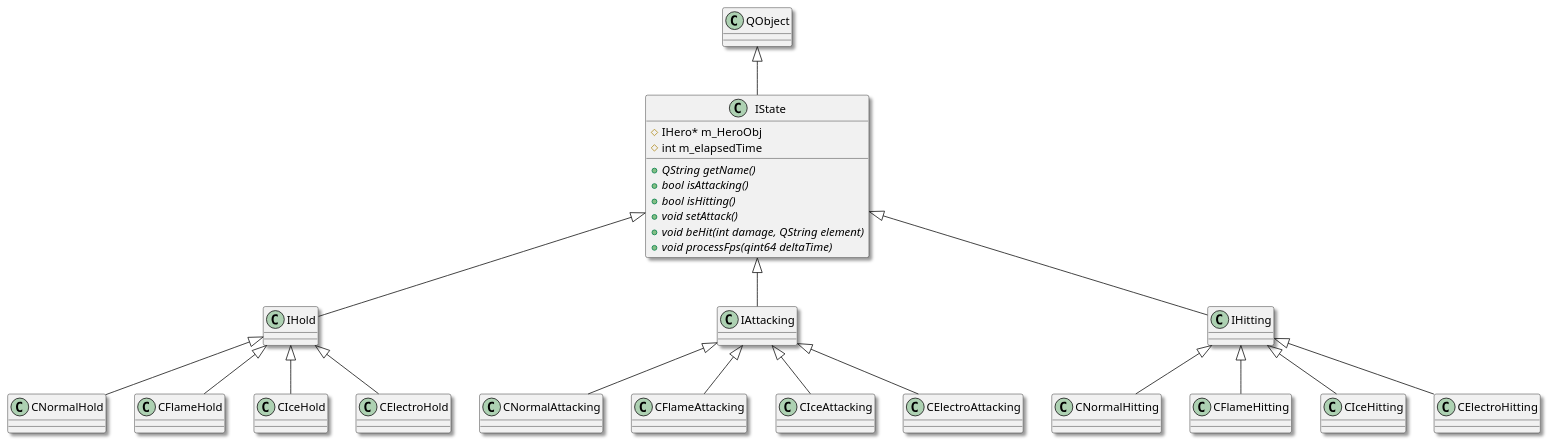
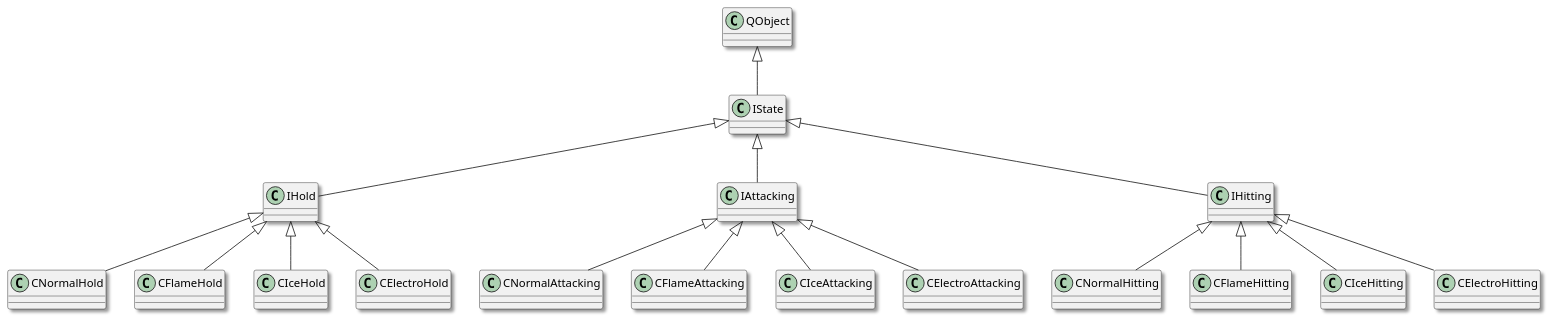
The diagram in doc/hero_class.pu (tingyunaiai9/The-Journey-of-Wizard), drawn with PlantUML before and after one commit. The commit also changed 25 other files, not shown here.

```diff
--- a/doc/hero_class.pu
+++ b/doc/hero_class.pu
@@ -1,36 +1,36 @@
 @startuml
 
 skinparam shadowing true
 
 class IState {
-    # IHero* m_HeroObj
-    # int m_elapsedTime
-    + {abstract} QString getName()
-    + {abstract} bool isAttacking()
-    + {abstract} bool isHitting()
-    + {abstract} void setAttack()
-    + {abstract} void beHit(int damage, QString element)
-    + {abstract} void processFps(qint64 deltaTime)
+    ' # IHero* m_HeroObj
+    ' # int m_elapsedTime
+    ' + {abstract} QString getName()
+    ' + {abstract} bool isAttacking()
+    ' + {abstract} bool isHitting()
+    ' + {abstract} void setAttack()
+    ' + {abstract} void beHit(int damage, QString element)
+    ' + {abstract} void processFps(qint64 deltaTime)
 }
 
 QObject <|-- IState
 IState <|-- IHold
 IState <|-- IAttacking
 IState <|-- IHitting
 
 IHold <|-- CNormalHold
 IHold <|-- CFlameHold
 IHold <|-- CIceHold
 IHold <|-- CElectroHold
 
 IAttacking <|-- CNormalAttacking
 IAttacking <|-- CFlameAttacking
 IAttacking <|-- CIceAttacking
 IAttacking <|-- CElectroAttacking
 
 IHitting <|-- CNormalHitting
 IHitting <|-- CFlameHitting
 IHitting <|-- CIceHitting
 IHitting <|-- CElectroHitting
 
 @enduml
```
